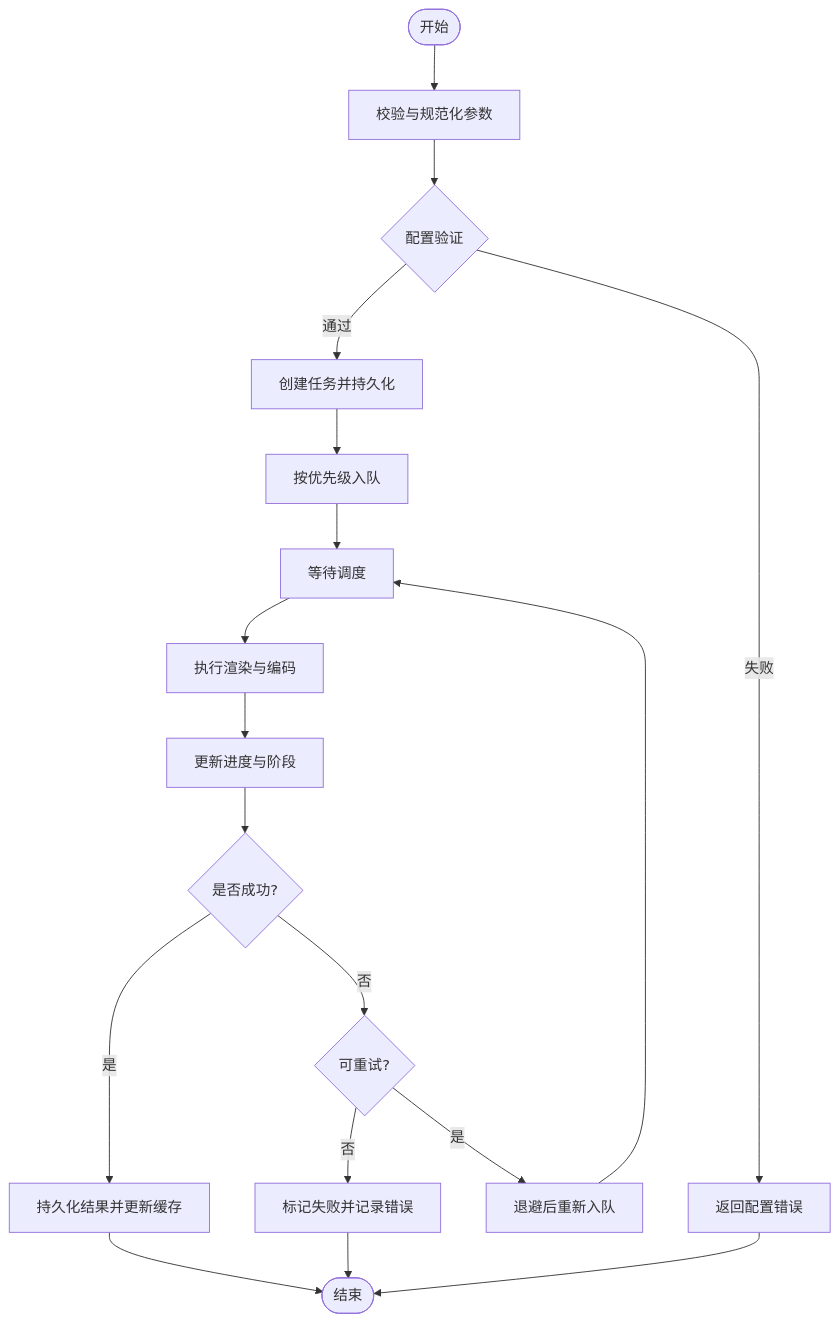
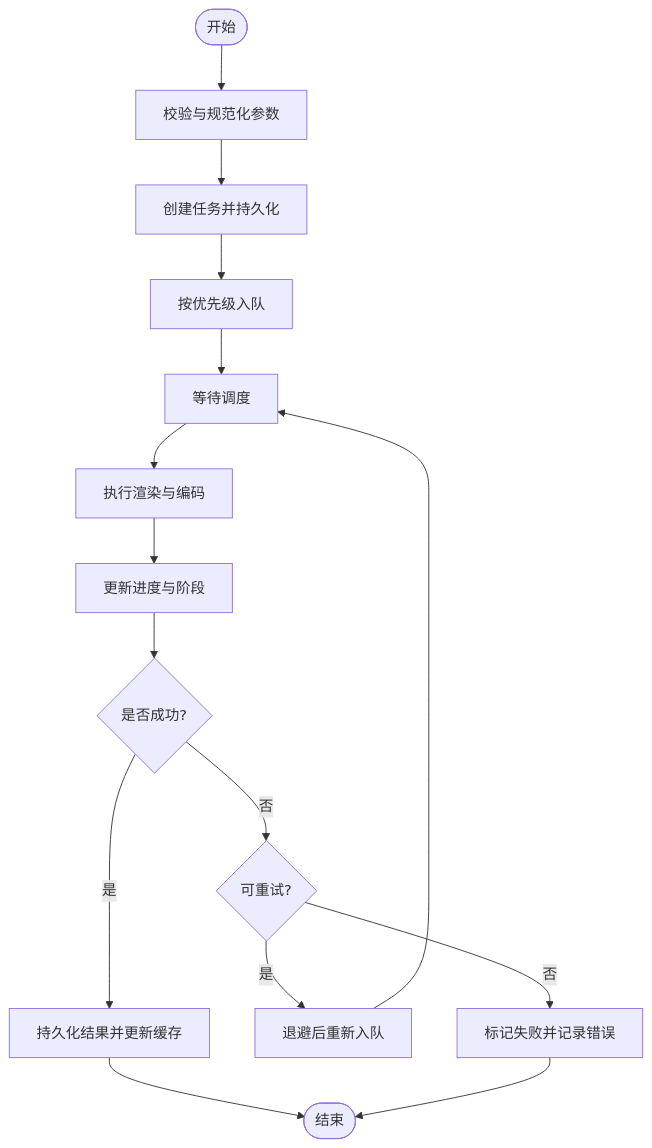
Before and after one commit to AIMFllyYS/code-video-canvas: the third of 9 diagrams in .qoder/repowiki/zh/content/核心功能模块/渲染引擎/导出服务.md, drawn with Mermaid. The commit also changed other lines of this file and 20 other files, not shown here.

````diff
--- a/.qoder/repowiki/zh/content/核心功能模块/渲染引擎/导出服务.md
+++ b/.qoder/repowiki/zh/content/核心功能模块/渲染引擎/导出服务.md
@@ -220,20 +206,17 @@
 ```mermaid
 flowchart TD
 Start(["开始"]) --> Validate["校验与规范化参数"]
-Validate --> ConfigCheck{"配置验证"}
-ConfigCheck --> |通过| CreateTask["创建任务并持久化"]
-ConfigCheck --> |失败| ConfigError["返回配置错误"]
+Validate --> CreateTask["创建任务并持久化"]
 CreateTask --> Enqueue["按优先级入队"]
 Enqueue --> Wait["等待调度"]
 Wait --> Run["执行渲染与编码"]
 Run --> UpdateProgress["更新进度与阶段"]
 UpdateProgress --> Success{"是否成功?"}
 Success --> |是| PersistResult["持久化结果并更新缓存"]
 Success --> |否| RetryCheck{"可重试?"}
 RetryCheck --> |是| Backoff["退避后重新入队"]
 RetryCheck --> |否| Fail["标记失败并记录错误"]
 PersistResult --> End(["结束"])
 Backoff --> Wait
 Fail --> End
-ConfigError --> End
 ```
````
